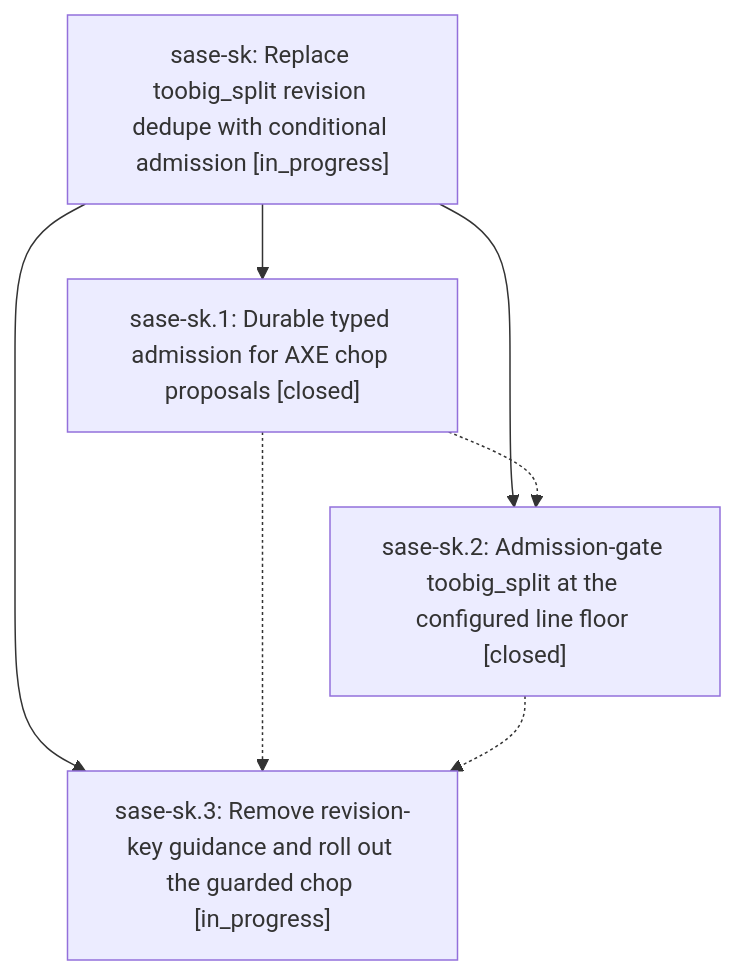
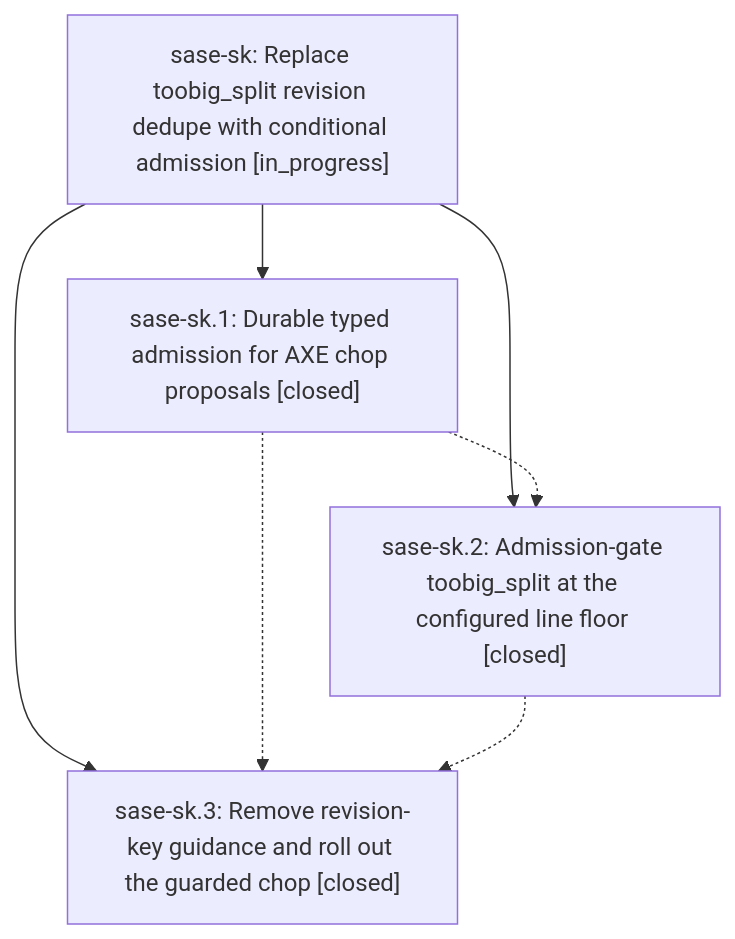
One commit to sase-org/sase--beads changed the diagram in pages/sase-sk/README.md. Above: the diagram before and after it, drawn with Mermaid. The commit also changed other lines of this file and 3 other files, not shown here.

````diff
--- a/pages/sase-sk/README.md
+++ b/pages/sase-sk/README.md
@@ -24,13 +24,13 @@
 ```mermaid
 flowchart TD
     n0["sase-sk: Replace toobig_split revision dedupe with conditional admission [in_progress]"]
     n1["sase-sk.1: Durable typed admission for AXE chop proposals [closed]"]
     n2["sase-sk.2: Admission-gate toobig_split at the configured line floor [closed]"]
-    n3["sase-sk.3: Remove revision-key guidance and roll out the guarded chop [in_progress]"]
+    n3["sase-sk.3: Remove revision-key guidance and roll out the guarded chop [closed]"]
     n0 --> n1
     n0 --> n2
     n0 --> n3
     n1 -.-> n2
     n1 -.-> n3
     n2 -.-> n3
 ```
````
